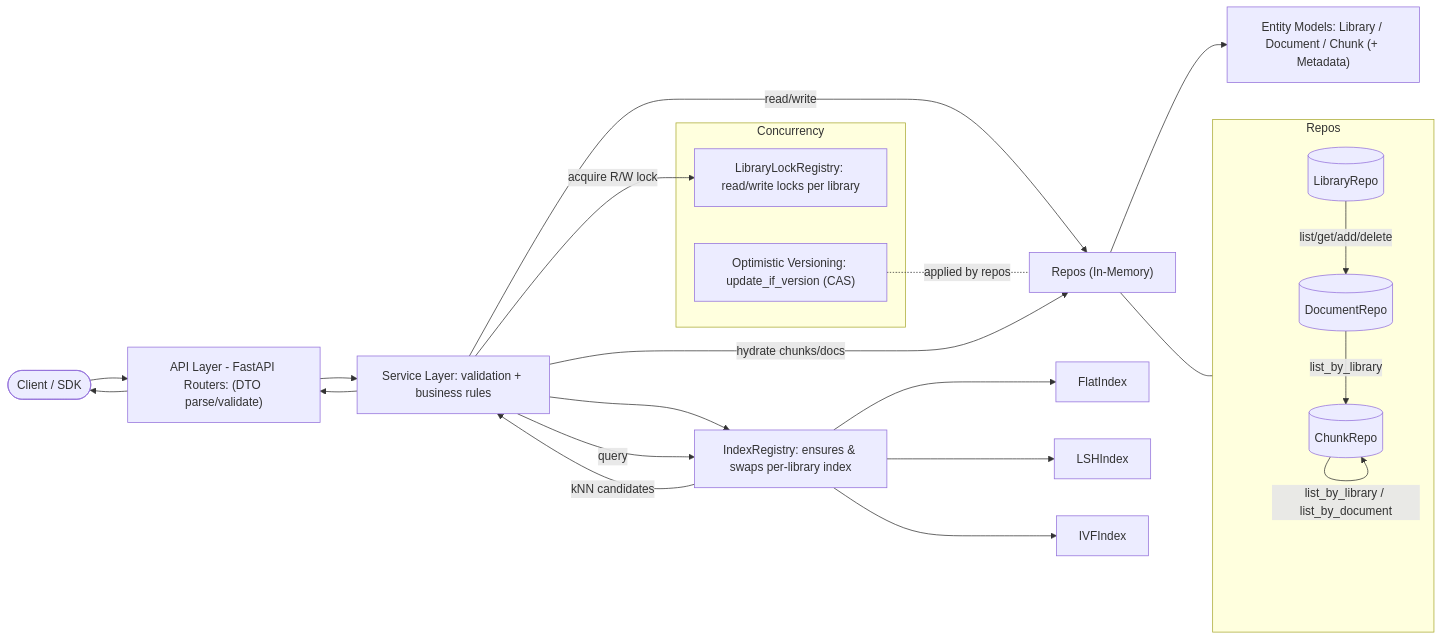
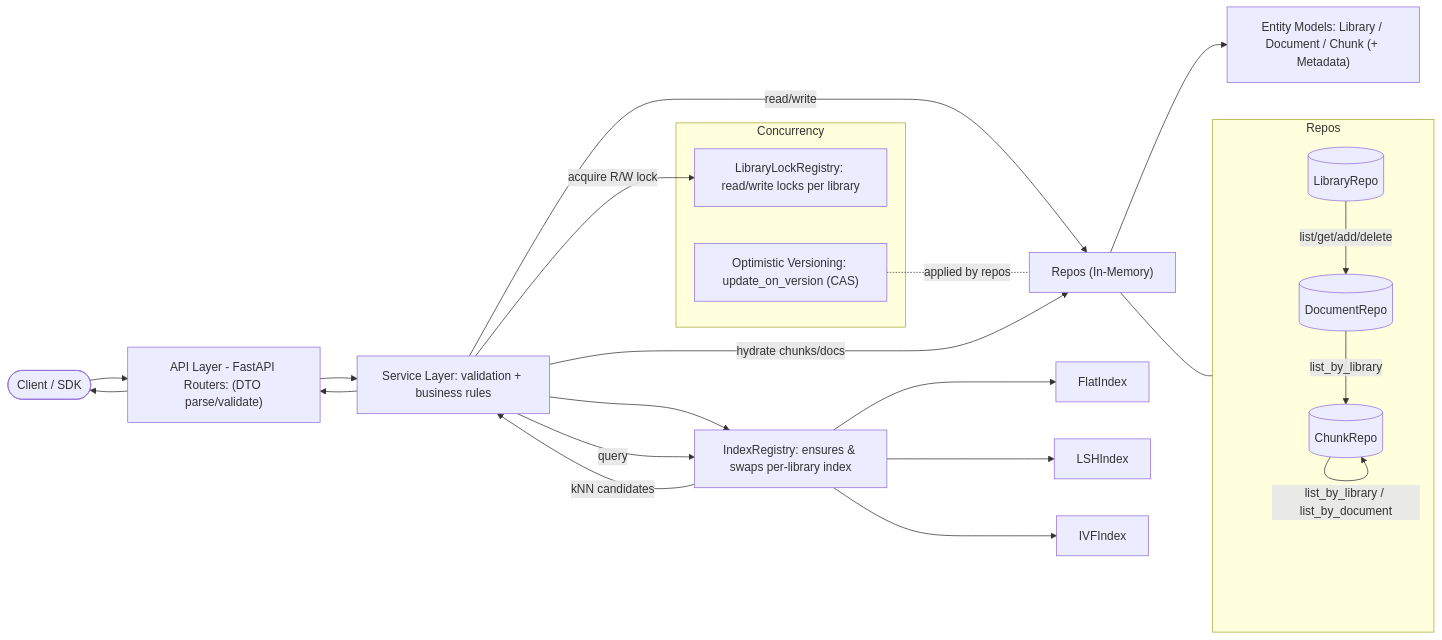
Before and after one commit to Kshitij-Bakliwal/vector-db-api: the diagram in README.md, drawn with Mermaid. The commit also changed other lines of this file, not shown here.

````diff
--- a/README.md
+++ b/README.md
@@ -35,43 +35,43 @@
 ```mermaid
 flowchart LR
   U(["Client / SDK"]) --> R["API Layer - FastAPI Routers: (DTO parse/validate)"]
   R --> S["Service Layer: validation + business rules"]
 
   subgraph Concurrency
     L["LibraryLockRegistry: read/write locks per library"]
-    V["Optimistic Versioning: update_if_version (CAS)"]
+    V["Optimistic Versioning: update_on_version (CAS)"]
   end
 
   S -- acquire R/W lock --> L
   S -->|read/write| REP["Repos (In-Memory)"]
   S --> IDX["IndexRegistry: ensures & swaps per-library index"]
   IDX --> I1["FlatIndex"]
   IDX --> I2["LSHIndex"]
   IDX --> I3["IVFIndex"]
 
   %% Move Repos subgraph right after its references
   REP --> DM["Entity Models: Library / Document / Chunk (+ Metadata)"]
   V -. applied by repos .- REP
 
   subgraph Repos
     direction TB
     RL[(LibraryRepo)]
     RD[(DocumentRepo)]
     RC[(ChunkRepo)]
     RL -->|list/get/add/delete| RD
     RD -->|list_by_library| RC
     RC -->|list_by_library / list_by_document| RC
   end
 
   %% Link the "REP" node to the appropriate repo node for clarity
   REP --- RL
 
   %% Search path
   S -- query --> IDX
   IDX -->|kNN candidates| S
   S -->|hydrate chunks/docs| REP
 
   %% Response
   S --> R
   R --> U
 ```
````
